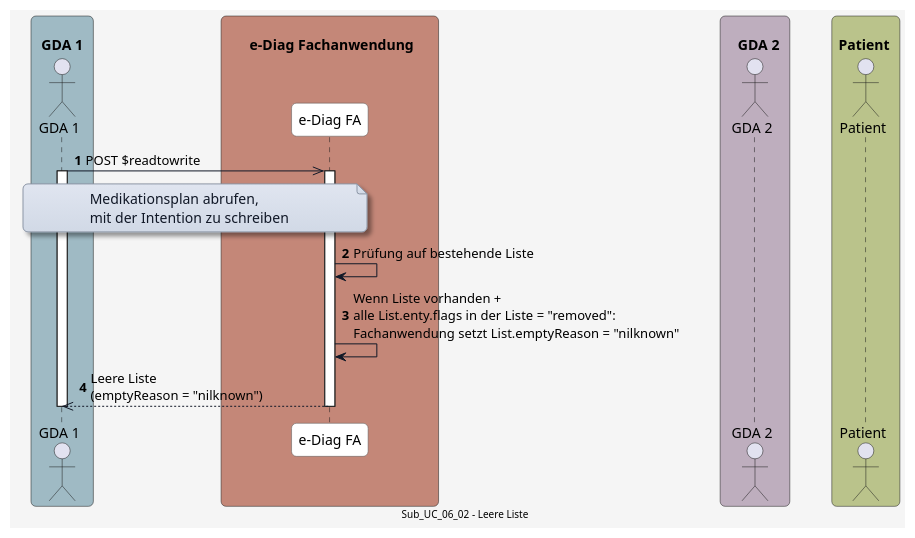
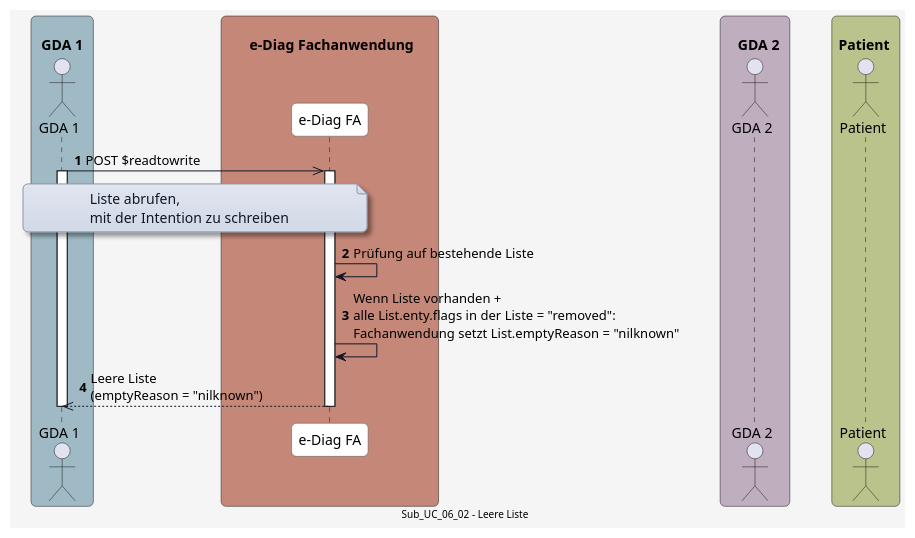
Before and after one commit to HL7Austria/ELGA-e-Diagnose-R4: the diagram in plantuml/UC_06_02.plantuml, drawn with PlantUML. The commit also changed 2 other files, not shown here.

```diff
--- a/plantuml/UC_06_02.plantuml
+++ b/plantuml/UC_06_02.plantuml
@@ -1,80 +1,80 @@
 @startuml
 skinparam borderColor #000000
 skinparam backgroundColor #f5f5f5
 skinparam shadowing false
 skinparam roundCorner 10
 skinparam defaultFontName "Arial"
 skinparam defaultFontSize 14
 skinparam defaultFontColor #000000
 
 skinparam note {
   BackgroundColor #e0e5f0-#d1d9e6
   BorderColor #8b95a5
   BorderThickness 1
   RoundCorner 8
   Padding 6
   FontColor #111827
   Shadowing true
 }
 
 skinparam HyperlinkColor #0000EE
 skinparam HyperlinkUnderline false
 
 skinparam sequence {
   ParticipantBorderColor #555555
   ParticipantBackgroundColor #ffffff
   ParticipantFontColor #000000
   ParticipantFontSize 14
   ParticipantPadding 20
   ArrowColor #111827
   ArrowThickness 1
   ArrowFontColor #000000
   ArrowFontSize 13
   GroupBorderColor #111827
   GroupBackgroundColor #eef2ff
   GroupBorderThickness 2
 }
 
 skinparam BoxPadding 20
 skinparam BoxBorderColor #555555
 
 box "\n  GDA 1  " #9fbac4
   actor GDA_1 as "GDA 1"
 end box
 
 box "\n       e-Diag Fachanwendung      " #C48778
   participant eDiag_FA as "e-Diag FA"
 end box
 
 box "\n    GDA 2  " #beaebe
   actor GDA_2 as "GDA 2"
 end box
 
 box "\n Patient  " #bac38b
   actor Patient as "Patient"
 end box
 
 
 autonumber
 
 GDA_1 ->> eDiag_FA: POST $readtowrite
 activate GDA_1
 
 note over GDA_1, eDiag_FA
-Medikationsplan abrufen,
+Liste abrufen,
 mit der Intention zu schreiben
 end note
 
 activate eDiag_FA
 eDiag_FA -> eDiag_FA: Prüfung auf bestehende Liste
 
 eDiag_FA -> eDiag_FA: Wenn Liste vorhanden +\nalle List.enty.flags in der Liste = "removed":\nFachanwendung setzt List.emptyReason = "nilknown"
 
 eDiag_FA -->> GDA_1: Leere Liste\n(emptyReason = "nilknown")
 
 deactivate eDiag_FA
 deactivate GDA_1
 
 center footer Sub_UC_06_02 - Leere Liste
 
 @enduml
```
